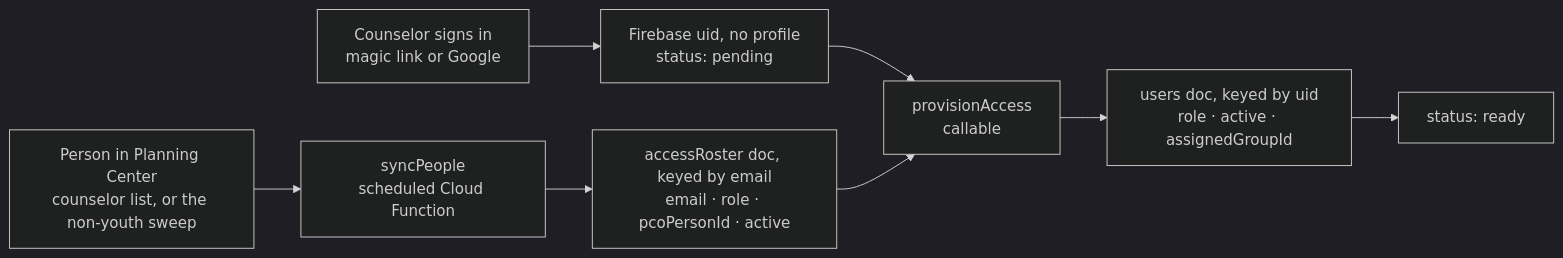
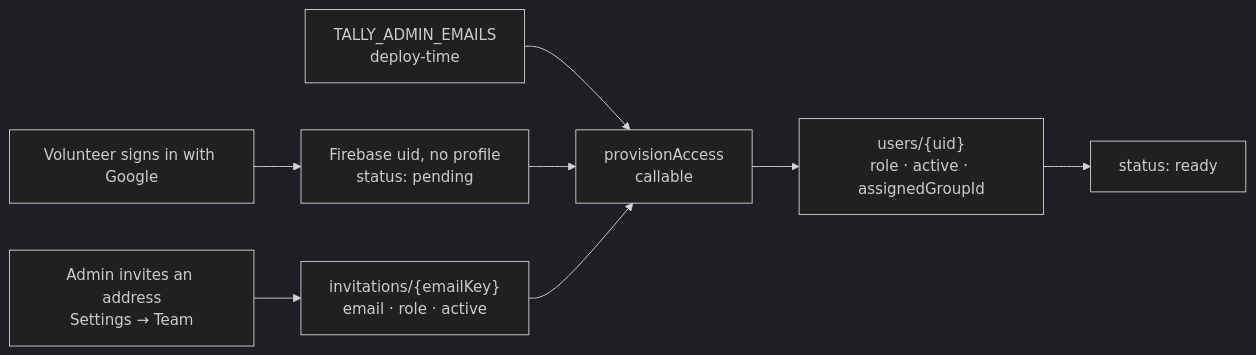
Before and after one commit to vrwarp/tally: the diagram in docs/planning-center.md, drawn with Mermaid (dark theme). The commit also changed other lines of this file and 42 other files, not shown here.

````diff
--- a/docs/planning-center.md
+++ b/docs/planning-center.md
@@ -190,11 +206,10 @@
 ```mermaid
 flowchart LR
-  A["Person in Planning Center<br/>counselor list, or the non-youth sweep"]
-    --> B["syncPeople<br/>scheduled Cloud Function"]
-  B --> C["accessRoster doc, keyed by email<br/>email · role · pcoPersonId · active"]
-  D["Counselor signs in<br/>magic link or Google"] --> E["Firebase uid, no profile<br/>status: pending"]
+  A["Admin invites an address<br/>Settings → Team"] --> B["invitations/{emailKey}<br/>email · role · active"]
+  C["TALLY_ADMIN_EMAILS<br/>deploy-time"] --> F
+  D["Volunteer signs in with Google"] --> E["Firebase uid, no profile<br/>status: pending"]
   E --> F["provisionAccess<br/>callable"]
-  C --> F
-  F --> G["users doc, keyed by uid<br/>role · active · assignedGroupId"]
+  B --> F
+  F --> G["users/{uid}<br/>role · active · assignedGroupId"]
   G --> H["status: ready"]
 ```
````
